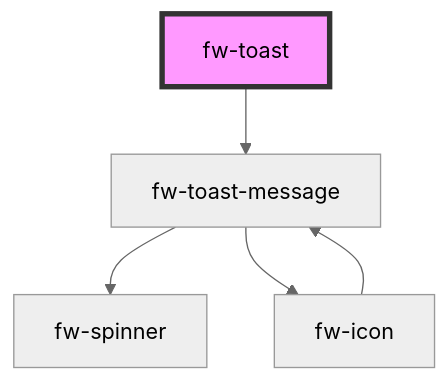
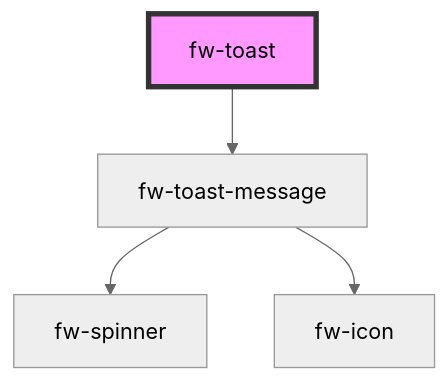
The diagram in packages/crayons-core/src/components/toast/readme.md (freshworks/crayons), drawn with Mermaid (neutral theme) before and after one commit. The commit also changed 34 other files, not shown here.

````diff
--- a/packages/crayons-core/src/components/toast/readme.md
+++ b/packages/crayons-core/src/components/toast/readme.md
@@ -314,8 +314,7 @@
 ```mermaid
 graph TD;
   fw-toast --> fw-toast-message
   fw-toast-message --> fw-spinner
   fw-toast-message --> fw-icon
-  fw-icon --> fw-toast-message
   style fw-toast fill:#f9f,stroke:#333,stroke-width:4px
 ```
````
